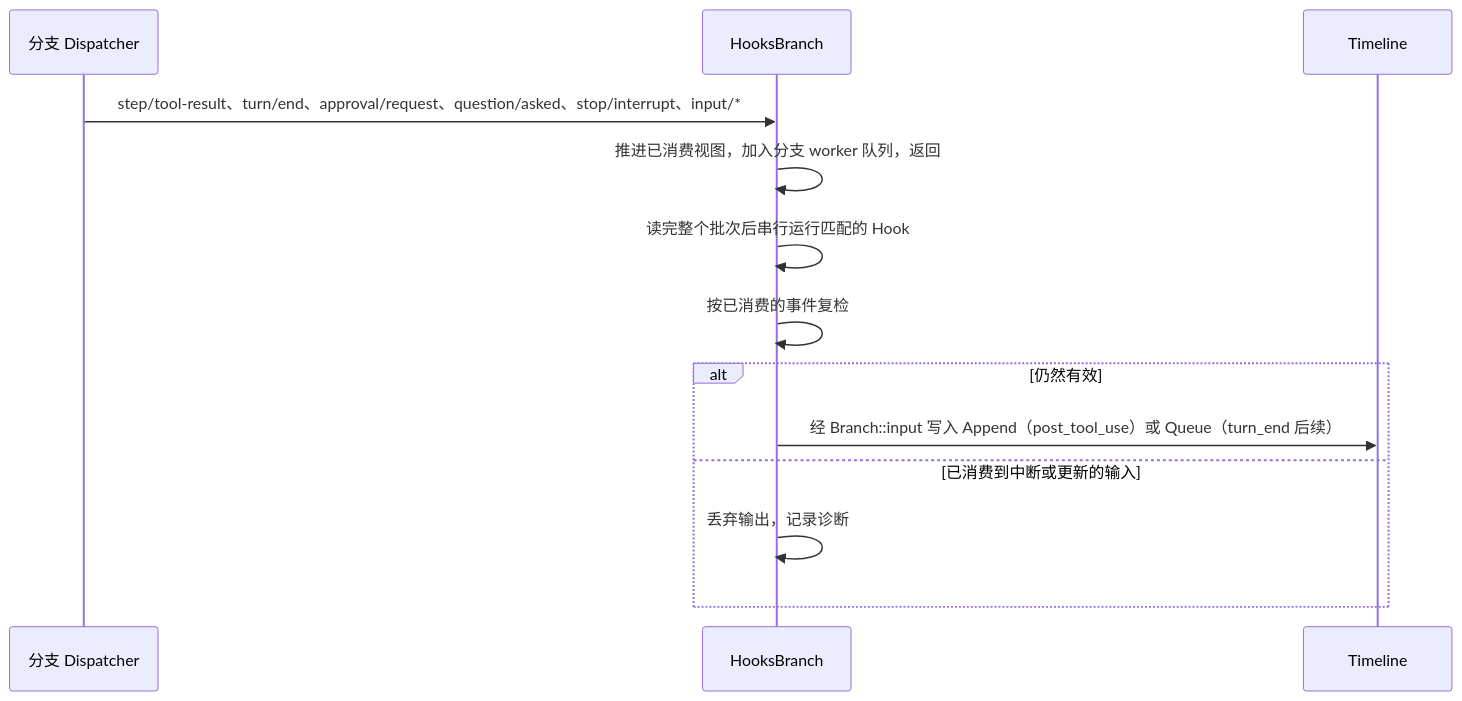
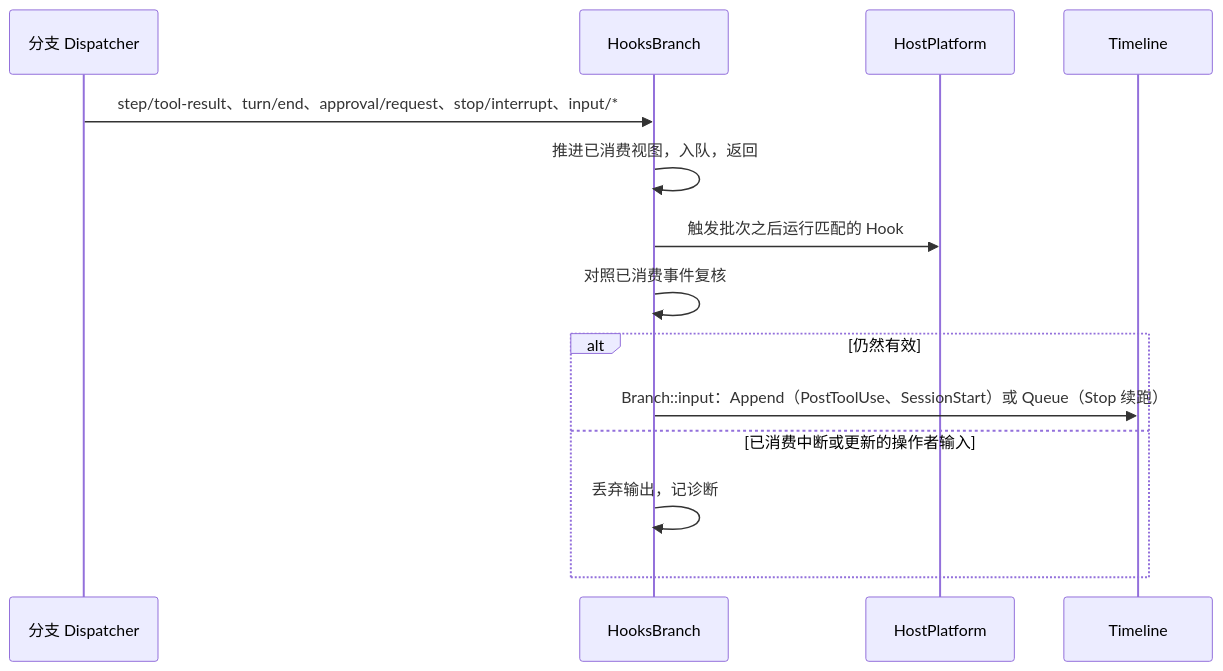
Before and after one commit to CoutinhoTTS/dim-agent: the sixth of 6 diagrams in docs/zh/design/plugins/Hooks.md, drawn with Mermaid. The commit also changed other lines of this file, not shown here.

````diff
--- a/docs/zh/design/plugins/Hooks.md
+++ b/docs/zh/design/plugins/Hooks.md
@@ -151,15 +165,16 @@
 ```mermaid
 sequenceDiagram
   participant DP as 分支 Dispatcher
   participant HB as HooksBranch
+  participant HP as HostPlatform
   participant TL as Timeline
-  DP->>HB: step/tool-result、turn/end、approval/request、question/asked、stop/interrupt、input/*
-  HB->>HB: 推进已消费视图，加入分支 worker 队列，返回
-  HB->>HB: 读完整个批次后串行运行匹配的 Hook
-  HB->>HB: 按已消费的事件复检
+  DP->>HB: step/tool-result、turn/end、approval/request、stop/interrupt、input/*
+  HB->>HB: 推进已消费视图，入队，返回
+  HB->>HP: 触发批次之后运行匹配的 Hook
+  HB->>HB: 对照已消费事件复核
   alt 仍然有效
-    HB->>TL: 经 Branch::input 写入 Append（post_tool_use）或 Queue（turn_end 后续）
-  else 已消费到中断或更新的输入
-    HB->>HB: 丢弃输出，记录诊断
+    HB->>TL: Branch::input：Append（PostToolUse、SessionStart）或 Queue（Stop 续跑）
+  else 已消费中断或更新的操作者输入
+    HB->>HB: 丢弃输出，记诊断
   end
 ```
````
